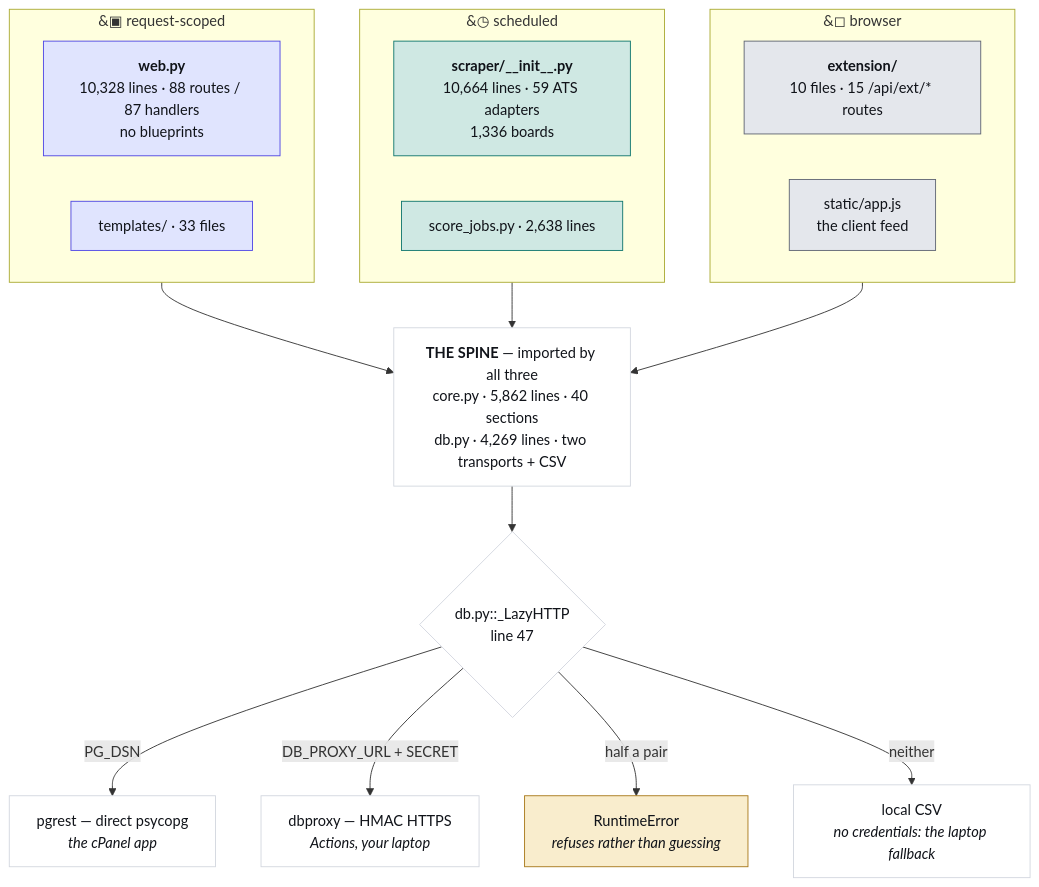
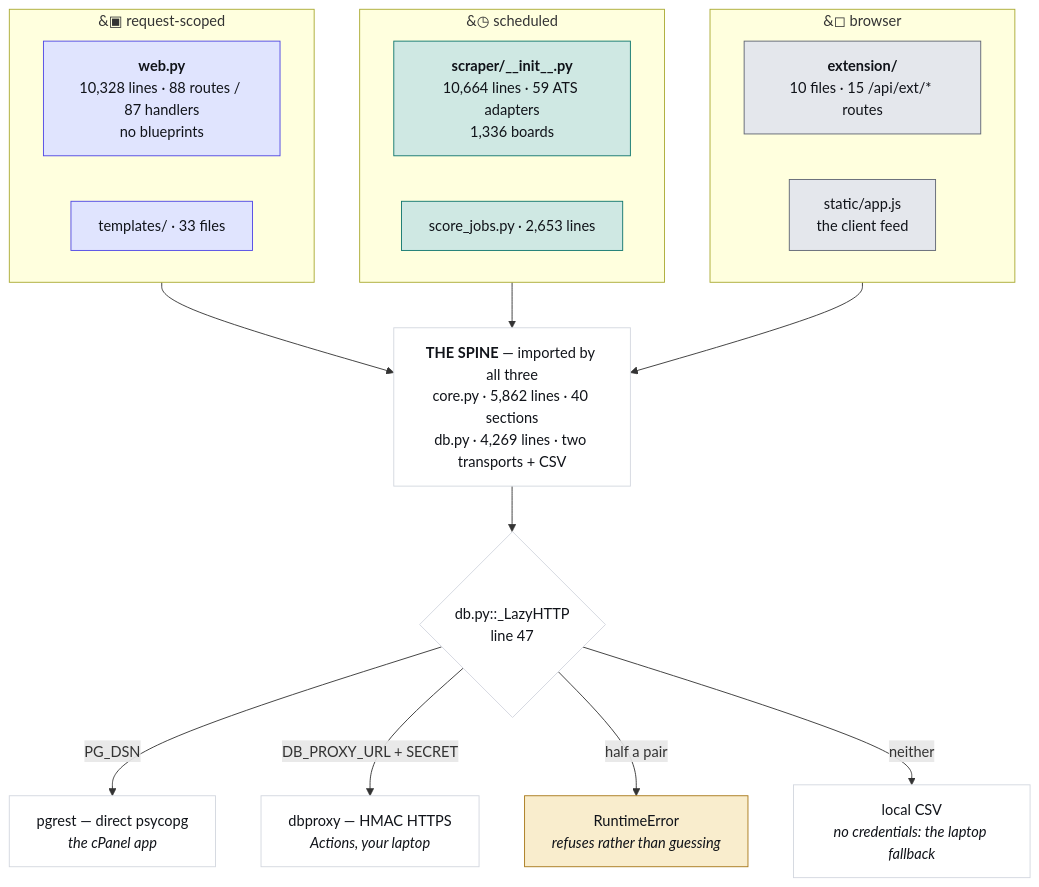
One commit to hadakunal909-debug/job-search-tool changed the first of 4 diagrams in JobMatch Scraper/docs/ARCHITECTURE.md. Above: the diagram before and after it, drawn with Mermaid. The commit also changed 6 other files, not shown here.

````diff
--- a/JobMatch Scraper/docs/ARCHITECTURE.md
+++ b/JobMatch Scraper/docs/ARCHITECTURE.md
@@ -48,34 +48,34 @@
 ```mermaid
 flowchart TB
   subgraph REQ["&#9635; request-scoped"]
     W["<b>web.py</b><br/>10,328 lines · 88 routes / 87 handlers<br/>no blueprints"]
     T["templates/ · 33 files"]
   end
   subgraph SCH["&#9719; scheduled"]
     S["<b>scraper/__init__.py</b><br/>10,664 lines · 59 ATS adapters<br/>1,336 boards"]
-    J["score_jobs.py · 2,638 lines"]
+    J["score_jobs.py · 2,653 lines"]
   end
   subgraph CLI["&#9723; browser"]
     E["<b>extension/</b><br/>10 files · 15 /api/ext/* routes"]
     A["static/app.js<br/>the client feed"]
   end
   SPINE["<b>THE SPINE</b> — imported by all three<br/>core.py · 5,862 lines · 40 sections<br/>db.py · 4,269 lines · two transports + CSV"]
   REQ --> SPINE
   SCH --> SPINE
   CLI --> SPINE
   SPINE --> D{"db.py::_LazyHTTP<br/>line 47"}
   D -->|"PG_DSN"| P["pgrest — direct psycopg<br/><i>the cPanel app</i>"]
   D -->|"DB_PROXY_URL + SECRET"| X["dbproxy — HMAC HTTPS<br/><i>Actions, your laptop</i>"]
   D -->|"half a pair"| R["RuntimeError<br/><i>refuses rather than guessing</i>"]
   D -->|"neither"| V["local CSV<br/><i>no credentials: the laptop fallback</i>"]
   classDef web fill:#e0e4fe,stroke:#4f46e5,color:#101319
   classDef sched fill:#cfe8e3,stroke:#0f766e,color:#101319
   classDef client fill:#e4e7ec,stroke:#5f6573,color:#101319
   classDef trap fill:#f9edcd,stroke:#a8781a,color:#101319
   classDef plain fill:#ffffff,stroke:#d3d7df,color:#101319
   class W,T web
   class S,J sched
   class E,A client
   class R trap
   class SPINE,D,P,X,V plain
 ```
````
